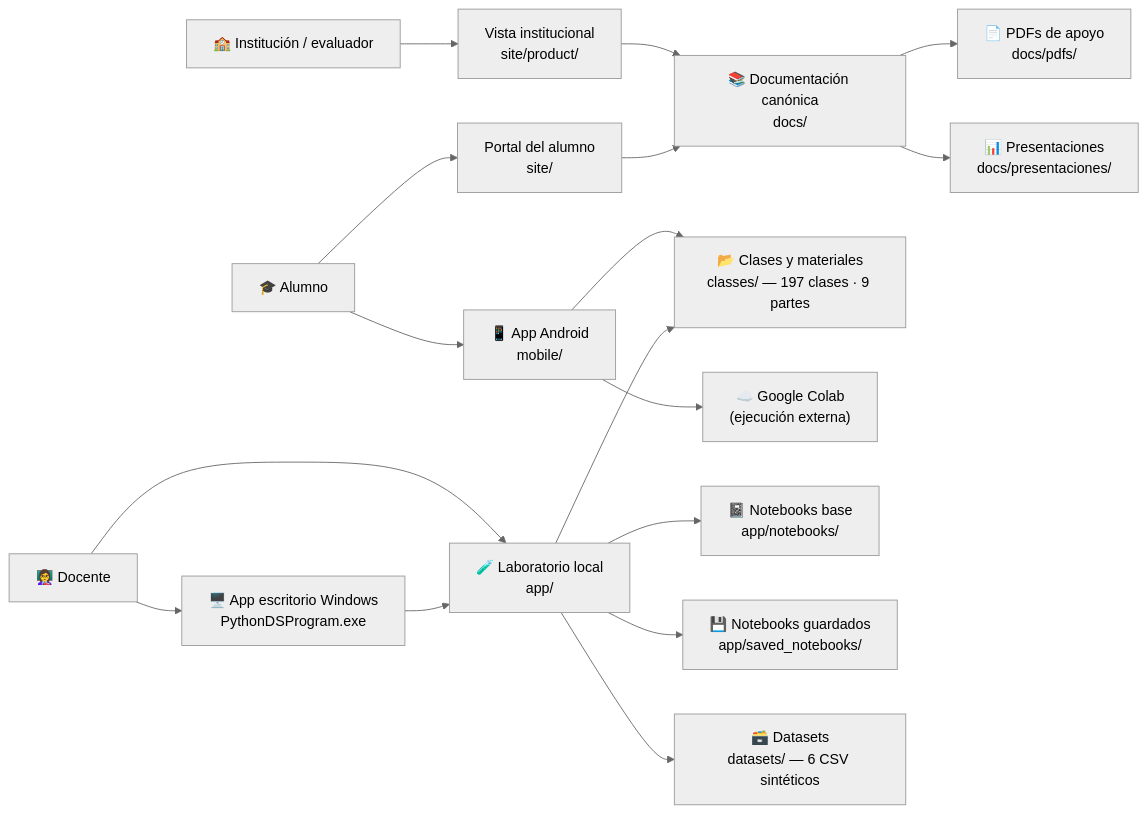
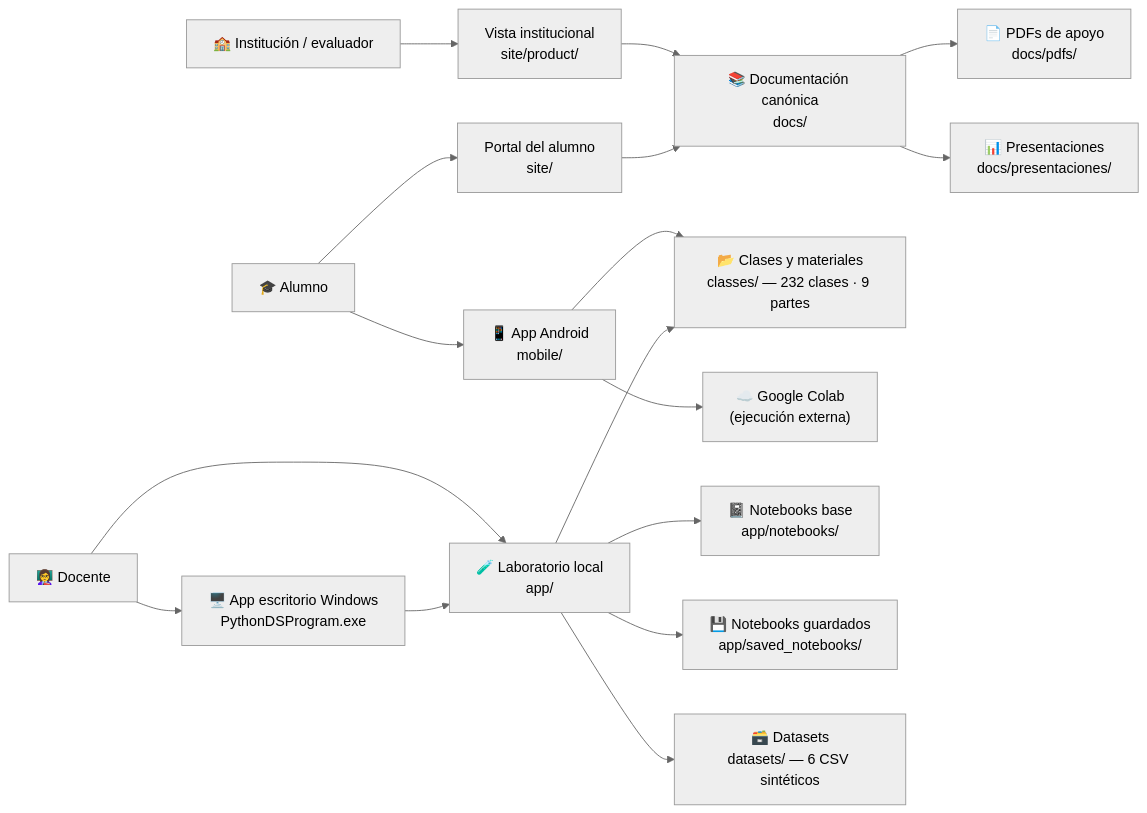
Before and after one commit to vladimiracunadev-create/python-data-science-bootcamp: the first of 4 diagrams in docs/ARQUITECTURA_PRODUCTO.md, drawn with Mermaid (neutral theme). The commit also changed other lines of this file and 961 other files, not shown here.

````diff
--- a/docs/ARQUITECTURA_PRODUCTO.md
+++ b/docs/ARQUITECTURA_PRODUCTO.md
@@ -29,20 +29,20 @@
 ```mermaid
 graph LR
     INST["🏫 Institución / evaluador"] --> PRODUCT["Vista institucional\nsite/product/"]
     ALUM["🎓 Alumno"] --> PORTAL["Portal del alumno\nsite/"]
     ALUM --> MOBILE["📱 App Android\nmobile/"]
     DOC["👩‍🏫 Docente"] --> LAB["🧪 Laboratorio local\napp/"]
     DOC --> WIN["🖥️ App escritorio Windows\nPythonDSProgram.exe"]
 
     PRODUCT --> DOCS["📚 Documentación canónica\ndocs/"]
     PORTAL --> DOCS
     WIN --> LAB
-    MOBILE --> CLASSES["📂 Clases y materiales\nclasses/ — 197 clases · 9 partes"]
+    MOBILE --> CLASSES["📂 Clases y materiales\nclasses/ — 232 clases · 9 partes"]
     MOBILE --> COLAB["☁️ Google Colab\n(ejecución externa)"]
     LAB --> CLASSES
     LAB --> NOTEBOOKS["📓 Notebooks base\napp/notebooks/"]
     LAB --> SAVED["💾 Notebooks guardados\napp/saved_notebooks/"]
     LAB --> DATA["🗃️ Datasets\ndatasets/ — 6 CSV sintéticos"]
     DOCS --> PDFS["📄 PDFs de apoyo\ndocs/pdfs/"]
     DOCS --> PPTX["📊 Presentaciones\ndocs/presentaciones/"]
 ```
````
